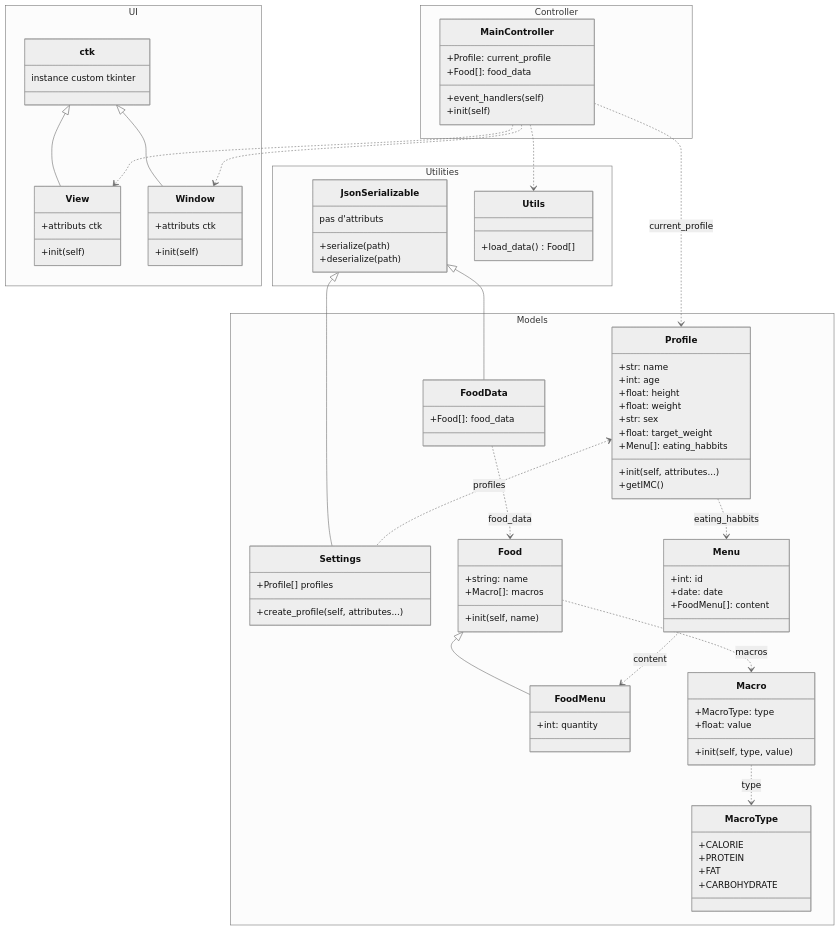
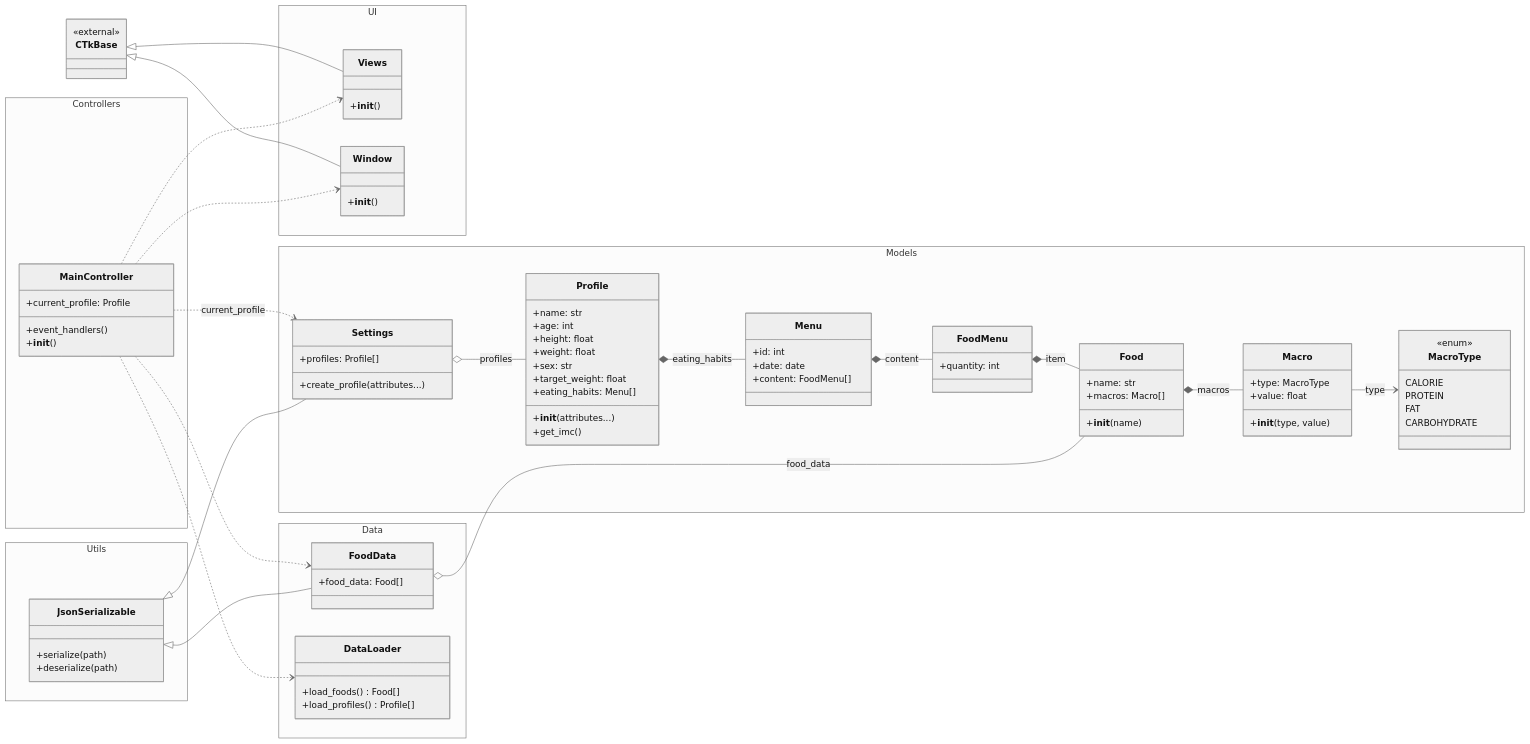
Before and after one commit to dhia9/Nutri-track: the diagram in Architecture.md, drawn with Mermaid (neutral theme). The commit also changed other lines of this file and 19 other files, not shown here.

Commit message:
feat: Add initial structure for controllers, models, views, and data handling

````diff
--- a/Architecture.md
+++ b/Architecture.md
@@ -55,100 +57,105 @@
 ```mermaid
- classDiagram
+classDiagram
+    direction LR
+
+    class CTkBase {
+        <<external>>
+    }
+
+    CTkBase <|-- Views
+    CTkBase <|-- Window
+
+    MainController ..> Settings: current_profile
+    MainController ..> FoodData
+    MainController ..> DataLoader
+    MainController ..> Views
+    MainController ..> Window
+
     JsonSerializable <|-- Settings
-    Food <|-- FoodMenu
     JsonSerializable <|-- FoodData
-    ctk <|-- View
-    ctk <|-- Window
-    MainController ..> Profile: current_profile
-    MainController ..> View
-    MainController ..> Window
-    MainController ..> Utils
-    Menu ..> FoodMenu: content
-    FoodData ..> Food: food_data
-    Profile ..> Menu: eating_habbits
-    Profile <.. Settings: profiles
-    Food ..> Macro: macros
-    Macro ..> MacroType: type
+
+    Menu *-- FoodMenu: content
+    FoodMenu *-- Food: item
+    Food *-- Macro: macros
+    Macro --> MacroType: type
+    Profile *-- Menu: eating_habits
+    Settings o-- Profile: profiles
+    FoodData o-- Food: food_data
 
     namespace UI {
-        class ctk {
-            instance custom tkinter
-        }
-        class View {
-            +init(self)
-            +attributs ctk
+        class Views {
+            +__init__()
         }
         class Window {
-            +init(self)
-            +attributs ctk
+            +__init__()
+        }
+    }
+
+    namespace Controllers {
+        class MainController {
+            +current_profile: Profile
+            +event_handlers()
+            +__init__()
         }
     }
 
     namespace Models {
         class Settings {
-            +Profile[] profiles
-            +create_profile(self, attributes...)
+            +profiles: Profile[]
+            +create_profile(attributes...)
         }
         class Food {
-            +string: name
-            +Macro[]: macros
-            +init(self, name)
-        }
-        class FoodData {
-            +Food[]: food_data
+            +name: str
+            +macros: Macro[]
+            +__init__(name)
         }
         class FoodMenu {
-            +int: quantity
+            +quantity: int
         }
         class Macro {
-            +MacroType: type
-            +float: value
-            +init(self, type, value)
+            +type: MacroType
+            +value: float
+            +__init__(type, value)
         }
         class Menu {
-            +int: id
+            +id: int
             +date: date
-            +FoodMenu[]: content
+            +content: FoodMenu[]
         }
         class MacroType {
-            +CALORIE
-            +PROTEIN
-            +FAT
-            +CARBOHYDRATE
+            <<enum>>
+            CALORIE
+            PROTEIN
+            FAT
+            CARBOHYDRATE
         }
         class Profile {
-            +str: name
-            +int: age
-            +float: height
-            +float: weight
-            +str: sex
-            +float: target_weight
-            +Menu[]: eating_habbits
-            +init(self, attributes...)
-            +getIMC()
+            +name: str
+            +age: int
+            +height: float
+            +weight: float
+            +sex: str
+            +target_weight: float
+            +eating_habits: Menu[]
+            +__init__(attributes...)
+            +get_imc()
         }
     }
 
-    namespace Controller {
-        class MainController {
-            +Profile: current_profile
-            +Food[]: food_data
-            +event_handlers(self)
-            +init(self)
+    namespace Data {
+        class DataLoader {
+            +load_foods() Food[]
+            +load_profiles() Profile[]
+        }
+        class FoodData {
+            +food_data: Food[]
         }
     }
-    namespace Utilities {
-        class Utils {
-            +load_data() Food[]
-        }
+
+    namespace Utils {
         class JsonSerializable {
-            pas d'attributs
             +serialize(path)
             +deserialize(path)
         }
     }
-
-
-
-
 ```
````
